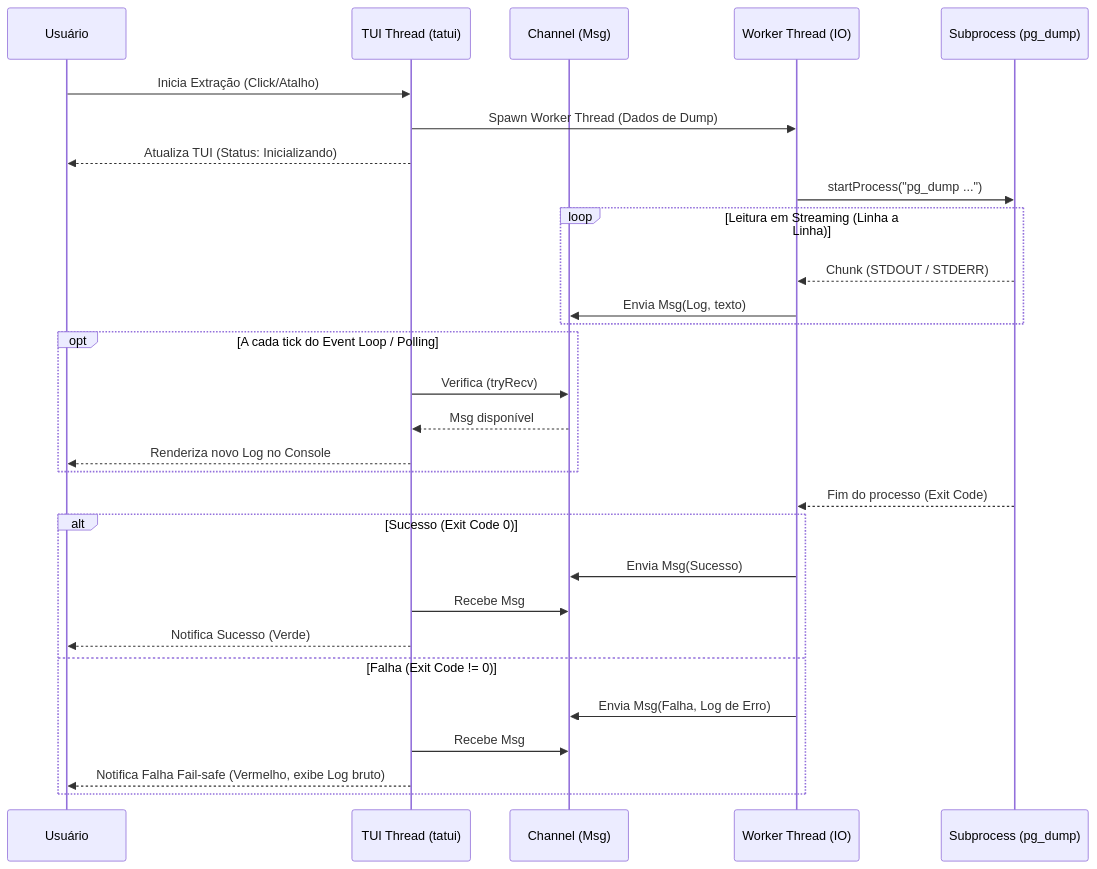
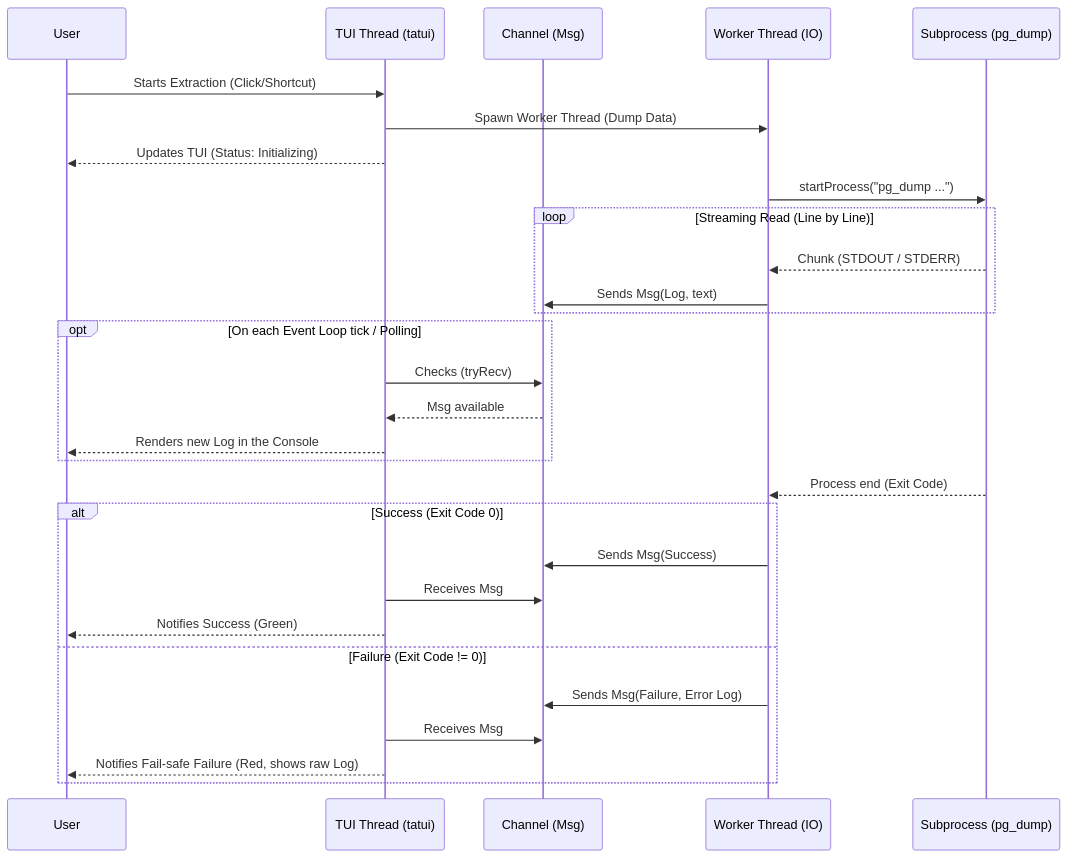
One commit to invector-tecnologia/cambalhota changed the diagram in docs/engineering/adrs/002_tui_and_concurrency.md. Above: the diagram before and after it, drawn with Mermaid. The commit also changed other lines of this file and 60 other files, not shown here.

````diff
--- a/docs/engineering/adrs/002_tui_and_concurrency.md
+++ b/docs/engineering/adrs/002_tui_and_concurrency.md
@@ -29,37 +29,37 @@
 ```mermaid
 sequenceDiagram
-    participant U as Usuário
+    participant U as User
     participant UI as TUI Thread (tatui)
     participant C as Channel (Msg)
     participant W as Worker Thread (IO)
     participant P as Subprocess (pg_dump)
 
-    U->>UI: Inicia Extração (Click/Atalho)
-    UI->>W: Spawn Worker Thread (Dados de Dump)
-    UI-->>U: Atualiza TUI (Status: Inicializando)
+    U->>UI: Starts Extraction (Click/Shortcut)
+    UI->>W: Spawn Worker Thread (Dump Data)
+    UI-->>U: Updates TUI (Status: Initializing)
     
     W->>P: startProcess("pg_dump ...")
     
-    loop Leitura em Streaming (Linha a Linha)
+    loop Streaming Read (Line by Line)
         P-->>W: Chunk (STDOUT / STDERR)
-        W->>C: Envia Msg(Log, texto)
+        W->>C: Sends Msg(Log, text)
     end
     
-    opt A cada tick do Event Loop / Polling
-        UI->>C: Verifica (tryRecv)
-        C-->>UI: Msg disponível
-        UI-->>U: Renderiza novo Log no Console
+    opt On each Event Loop tick / Polling
+        UI->>C: Checks (tryRecv)
+        C-->>UI: Msg available
+        UI-->>U: Renders new Log in the Console
     end
     
-    P-->>W: Fim do processo (Exit Code)
+    P-->>W: Process end (Exit Code)
     
-    alt Sucesso (Exit Code 0)
-        W->>C: Envia Msg(Sucesso)
-        UI->>C: Recebe Msg
-        UI-->>U: Notifica Sucesso (Verde)
-    else Falha (Exit Code != 0)
-        W->>C: Envia Msg(Falha, Log de Erro)
-        UI->>C: Recebe Msg
-        UI-->>U: Notifica Falha Fail-safe (Vermelho, exibe Log bruto)
+    alt Success (Exit Code 0)
+        W->>C: Sends Msg(Success)
+        UI->>C: Receives Msg
+        UI-->>U: Notifies Success (Green)
+    else Failure (Exit Code != 0)
+        W->>C: Sends Msg(Failure, Error Log)
+        UI->>C: Receives Msg
+        UI-->>U: Notifies Fail-safe Failure (Red, shows raw Log)
     end
 ```
````
